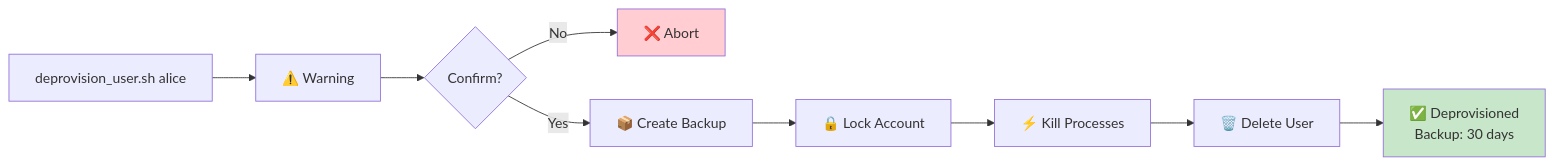
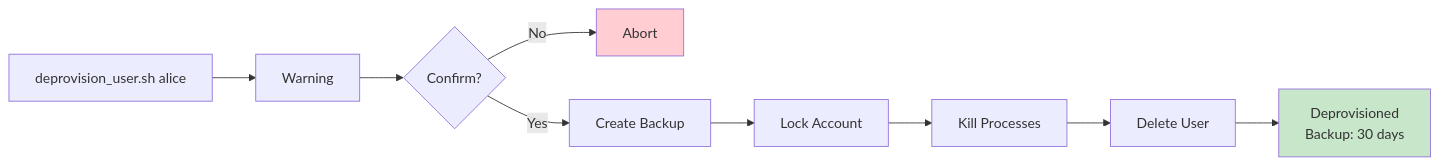
Before and after one commit to aaronwittchen/Automated-Storage-Provisioning-Tool: the second of 5 diagrams in README.md, drawn with Mermaid. The commit also changed other lines of this file and 5 other files, not shown here.

````diff
--- a/README.md
+++ b/README.md
@@ -208,14 +208,14 @@
 ```mermaid
 graph LR
-    A["deprovision_user.sh alice"] --> B["⚠️ Warning"]
+    A["deprovision_user.sh alice"] --> B["Warning"]
     B --> C{Confirm?}
-    C -->|No| D["❌ Abort"]
-    C -->|Yes| E["📦 Create Backup"]
-    E --> F["🔒 Lock Account"]
-    F --> G["⚡ Kill Processes"]
-    G --> H["🗑️ Delete User"]
-    H --> I["✅ Deprovisioned<br/>Backup: 30 days"]
+    C -->|No| D["Abort"]
+    C -->|Yes| E["Create Backup"]
+    E --> F["Lock Account"]
+    F --> G["Kill Processes"]
+    G --> H["Delete User"]
+    H --> I["Deprovisioned<br/>Backup: 30 days"]
     
     style I fill:#c8e6c9
     style D fill:#ffcdd2
 ```
````
